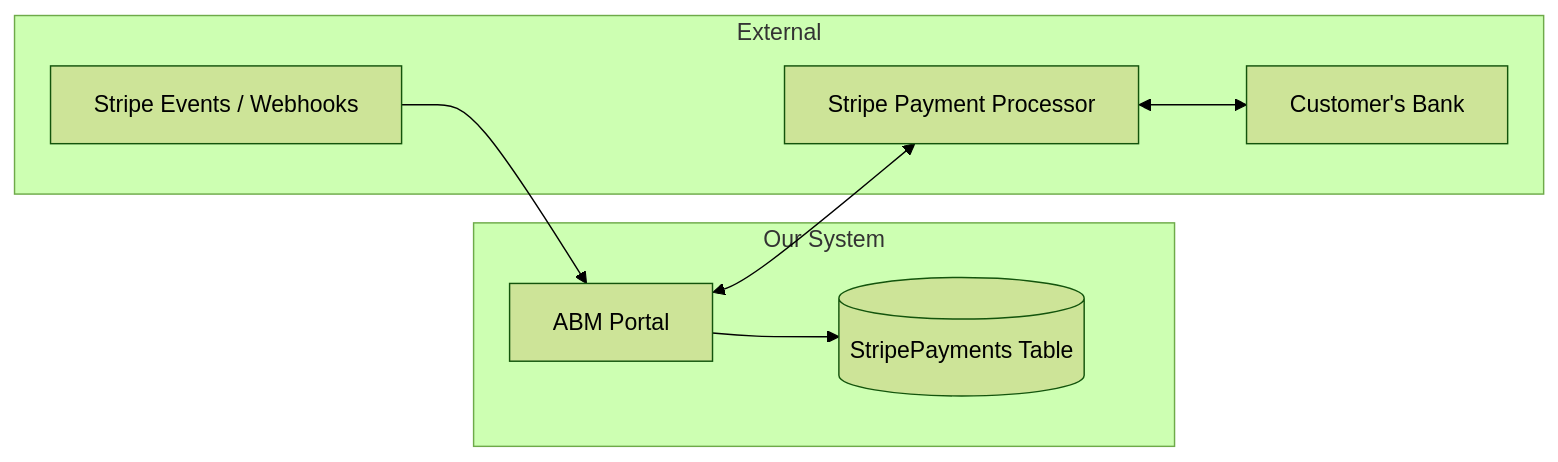
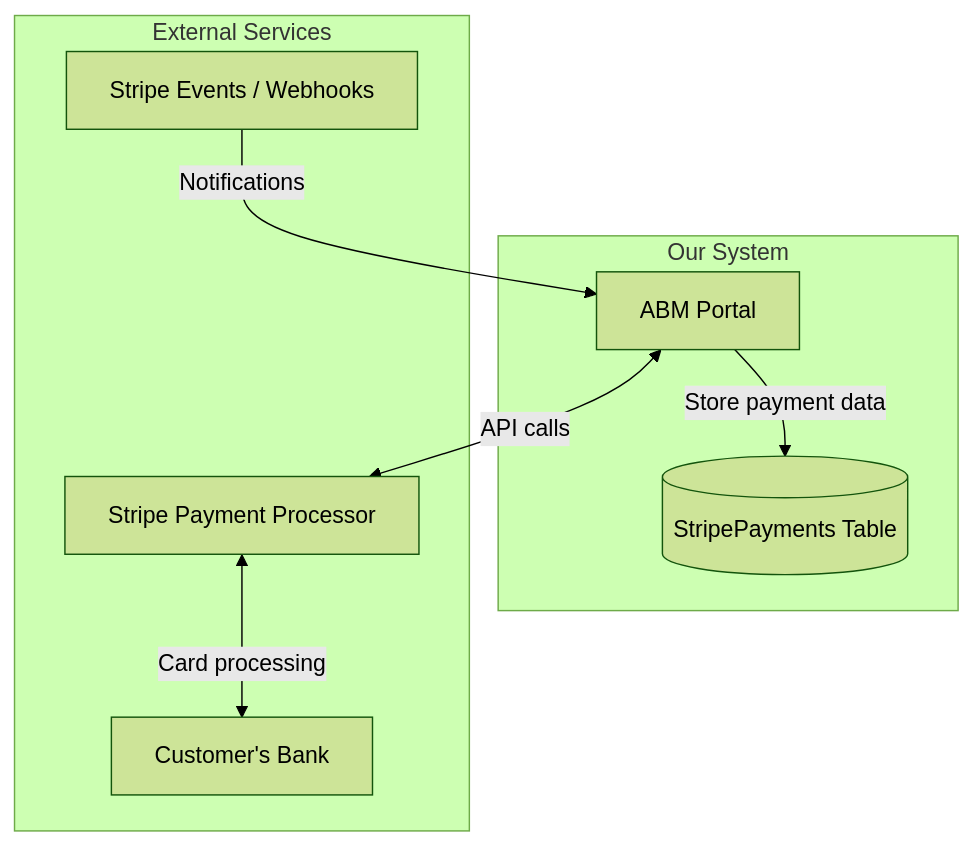
One commit to dpsystems-dev/knowledgebase changed the first of 5 diagrams in products/abm-web-portal/stripe-integration/technical-support-guide.md. Above: the diagram before and after it, drawn with Mermaid (forest theme). The commit also changed other lines of this file and 39 other files, not shown here.

````diff
--- a/products/abm-web-portal/stripe-integration/technical-support-guide.md
+++ b/products/abm-web-portal/stripe-integration/technical-support-guide.md
@@ -31,17 +33,17 @@
 ```mermaid
-flowchart LR
-    subgraph Our System
+flowchart TB
+    subgraph OurSystem["Our System"]
         A[ABM Portal]
         B[(StripePayments Table)]
     end
-    subgraph External
+    subgraph External["External Services"]
         C[Stripe Payment Processor]
         D[Stripe Events / Webhooks]
         E[Customer's Bank]
     end
 
-    A <--> C
-    C <--> E
-    A --> B
-    D --> A
+    A <-->|API calls| C
+    C <-->|Card processing| E
+    A -->|Store payment data| B
+    D -->|Notifications| A
 ```
````
